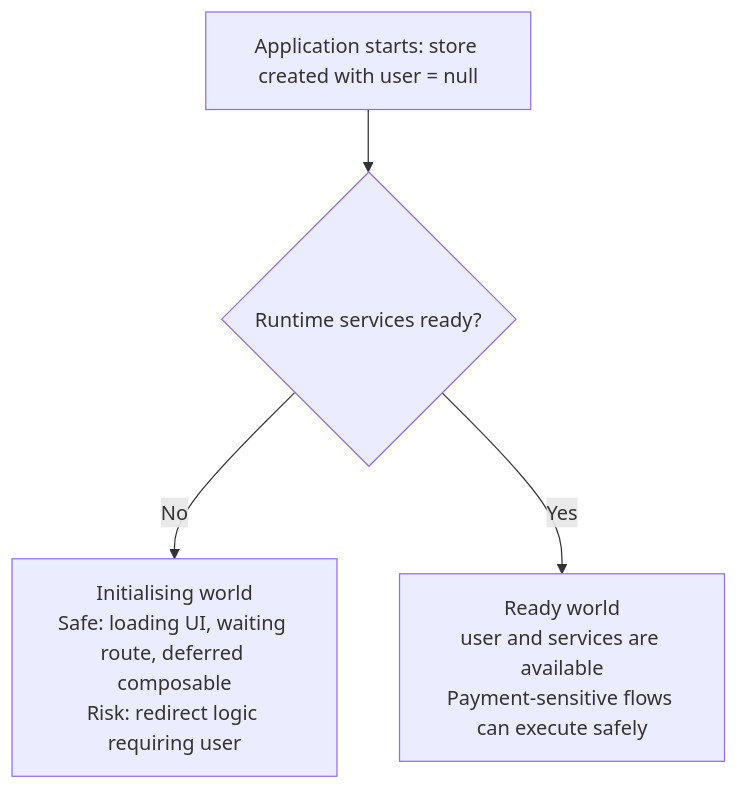
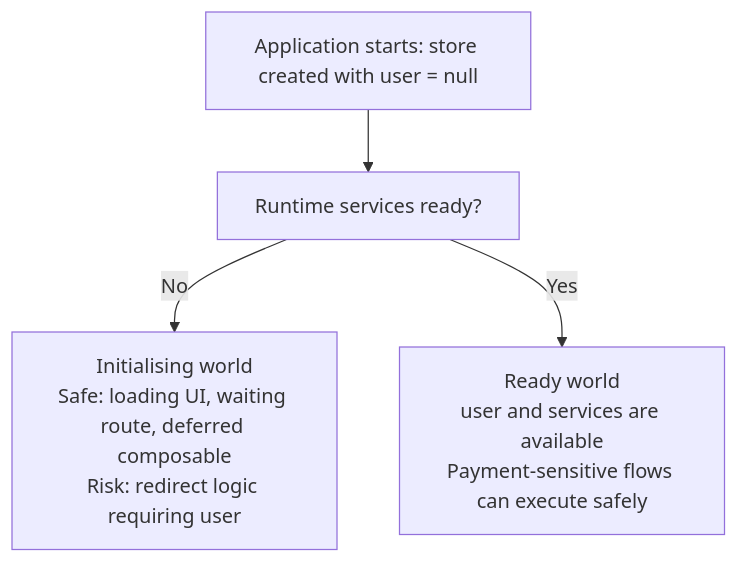
One commit to EduardoAC/eduardo-cv-frontend-web changed the diagram in content/posts/the-initialisation-trap-in-typescript.md. Above: the diagram before and after it, drawn with Mermaid. The commit also changed other lines of this file and 2 other files, not shown here.

Commit message:
Improve styles

````diff
--- a/content/posts/the-initialisation-trap-in-typescript.md
+++ b/content/posts/the-initialisation-trap-in-typescript.md
@@ -78,8 +79,8 @@
 ```mermaid
 flowchart TD
   A["Application starts: store created with user = null"]
-  A --> B{Runtime services ready?}
+  A --> B["Runtime services ready?"]
 
   B -- No --> C["Initialising world<br/>Safe: loading UI, waiting route, deferred composable<br/>Risk: redirect logic requiring user"]
   B -- Yes --> D["Ready world<br/>user and services are available<br/>Payment-sensitive flows can execute safely"]
 ```
````
